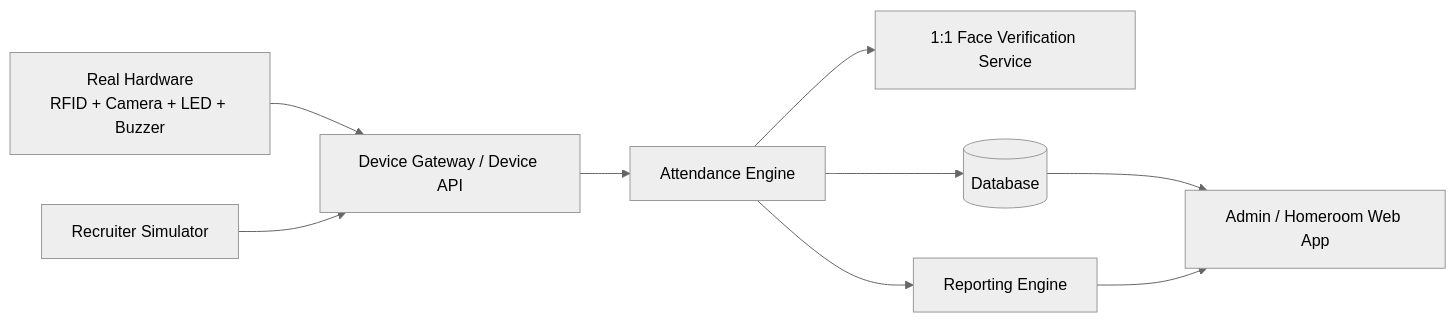
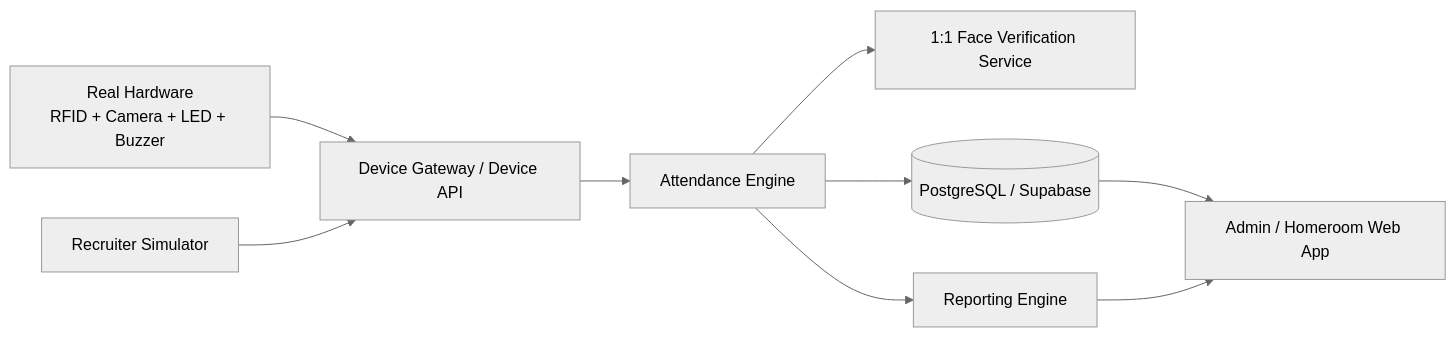
Before and after one commit to nafisajuliansahsaputra/attendance-system: the diagram in README.md, drawn with Mermaid (neutral theme). The commit also changed other lines of this file and 2 other files, not shown here.

Commit message:
docs: align architecture with implementation baseline

````diff
--- a/README.md
+++ b/README.md
@@ -45,11 +60,11 @@
 ```mermaid
 flowchart LR
     H[Real Hardware\nRFID + Camera + LED + Buzzer] --> G[Device Gateway / Device API]
     S[Recruiter Simulator] --> G
     G --> A[Attendance Engine]
     A --> F[1:1 Face Verification Service]
-    A --> D[(Database)]
+    A --> D[(PostgreSQL / Supabase)]
     D --> W[Admin / Homeroom Web App]
     A --> R[Reporting Engine]
     R --> W
 ```
````
